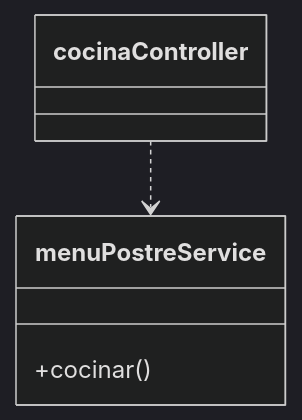
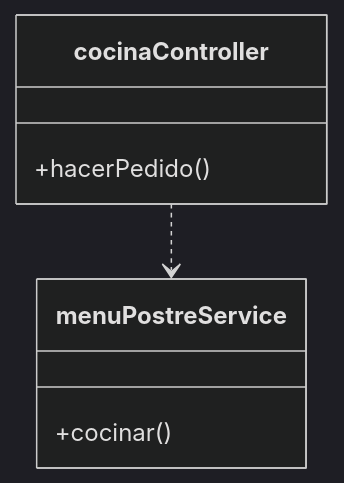
Before and after one commit to urrestarazu-alejandro/memo-backend: the second of 5 diagrams in _posts/2024-04-29-principio-de-abierto-cerrado.md, drawn with Mermaid (dark theme). The commit also changed other lines of this file, not shown here.

Commit message:
OCP - agrego metodo hacerPedido a los gráficos

````diff
--- a/_posts/2024-04-29-principio-de-abierto-cerrado.md
+++ b/_posts/2024-04-29-principio-de-abierto-cerrado.md
@@ -55,8 +59,12 @@
 ```mermaid
 classDiagram
     cocinaController ..> menuPostreService 
+
+    class cocinaController{
+        +hacerPedido()
+    }
 
     class menuPostreService{
       +cocinar()
     }
 ```  
````
